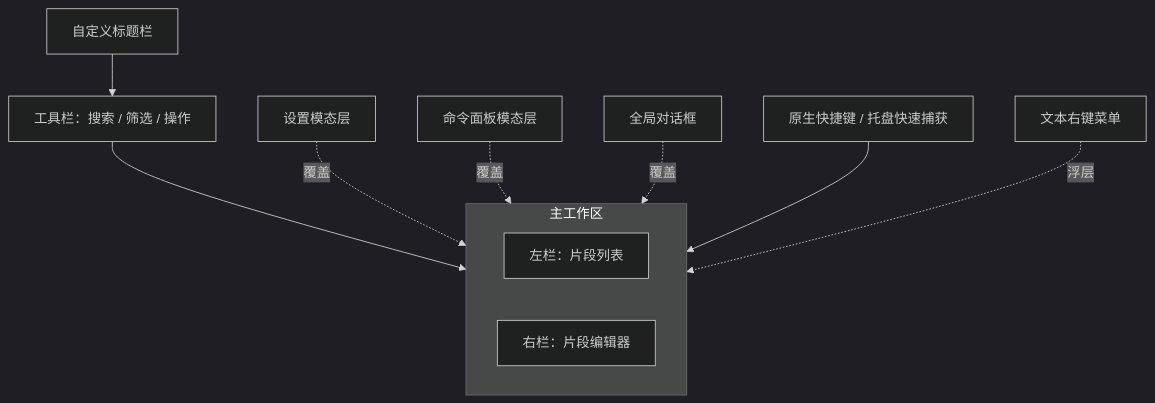
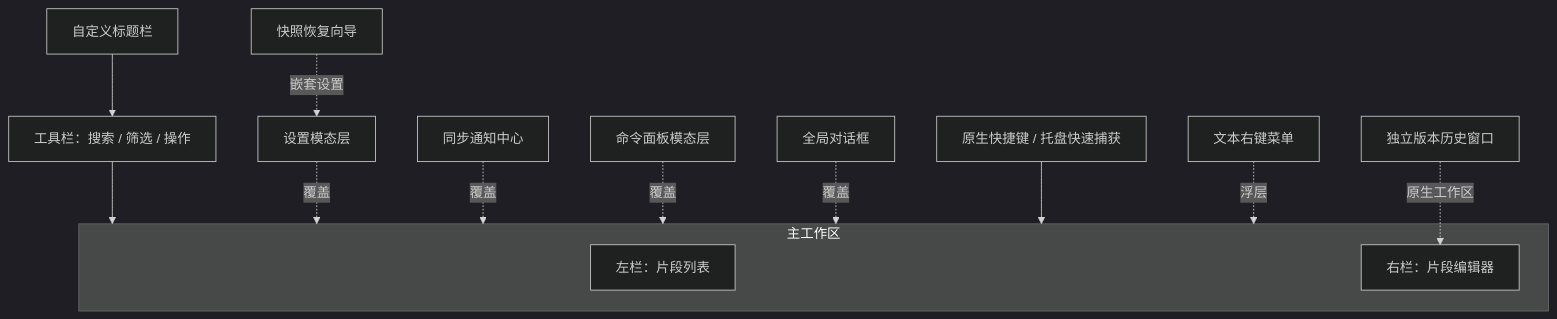
Before and after one commit to rainerosion/snipvault: the first of 6 diagrams in docs/feature-design.md, drawn with Mermaid (dark theme). The commit also changed other lines of this file and 50 other files, not shown here.

````diff
--- a/docs/feature-design.md
+++ b/docs/feature-design.md
@@ -9,16 +9,19 @@
 ```mermaid
 flowchart TB
     TITLE[自定义标题栏]
     TOOLBAR[工具栏：搜索 / 筛选 / 操作]
     TITLE --> TOOLBAR
     TOOLBAR --> MAIN
     subgraph MAIN[主工作区]
         SIDEBAR[左栏：片段列表]
         EDITOR[右栏：片段编辑器]
     end
     SETTINGS[设置模态层] -. 覆盖 .-> MAIN
+    HISTORY[独立版本历史窗口] -. 原生工作区 .-> EDITOR
+    RESTORE[快照恢复向导] -. 嵌套设置 .-> SETTINGS
+    INBOX[同步通知中心] -. 覆盖 .-> MAIN
     PALETTE[命令面板模态层] -. 覆盖 .-> MAIN
     DIALOG[全局对话框] -. 覆盖 .-> MAIN
     CAPTURE[原生快捷键 / 托盘快速捕获] --> MAIN
     CONTEXT[文本右键菜单] -. 浮层 .-> MAIN
 ```
````
